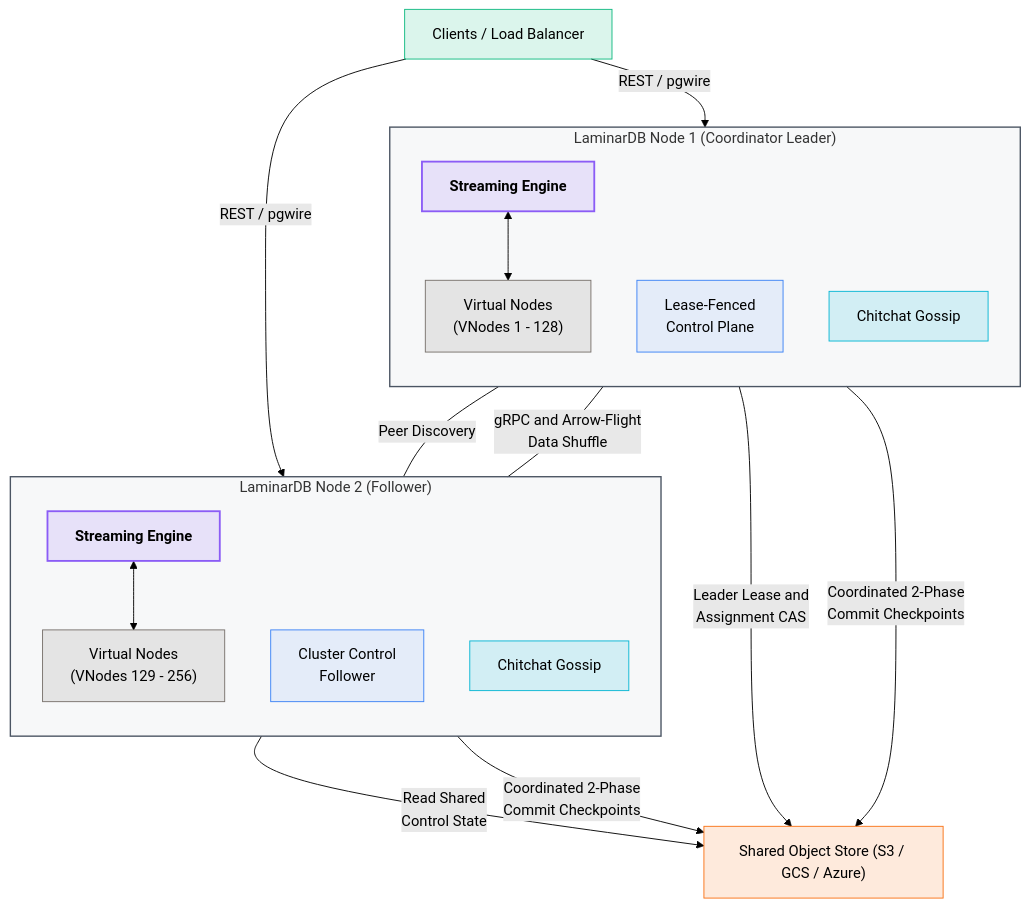
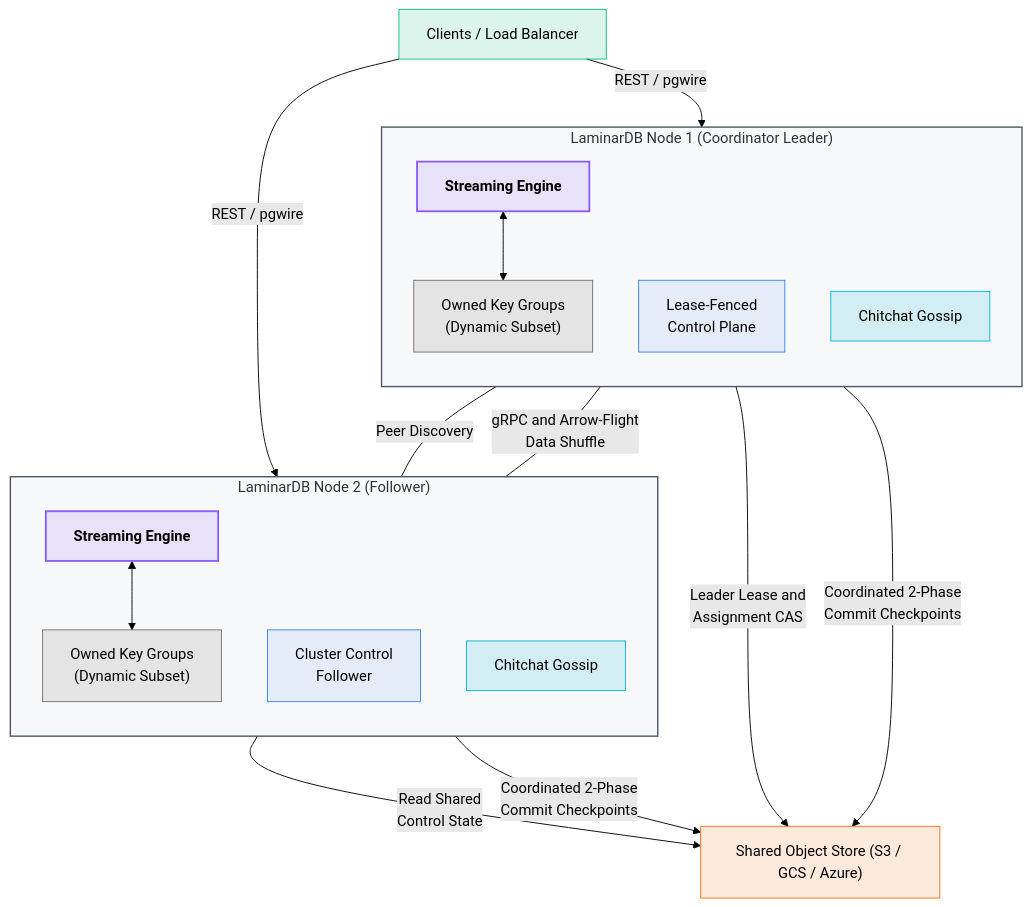
Before and after one commit to laminardb/laminardb: the fourth of 5 diagrams in README.md, drawn with Mermaid (forest theme). The commit also changed other lines of this file and 42 other files, not shown here.

````diff
--- a/README.md
+++ b/README.md
@@ -573,46 +573,46 @@
 ```mermaid
 graph TD
     classDef clientClass fill:#10b981,fill-opacity:0.15,stroke:#10b981,stroke-width:1px;
     classDef engineClass fill:#8b5cf6,fill-opacity:0.15,stroke:#8b5cf6,stroke-width:2px,font-weight:bold;
     classDef controlClass fill:#3b82f6,fill-opacity:0.1,stroke:#3b82f6,stroke-width:1px;
     classDef gossipClass fill:#06b6d4,fill-opacity:0.15,stroke:#06b6d4,stroke-width:1px;
     classDef vnodeClass fill:#78716c,fill-opacity:0.15,stroke:#78716c,stroke-width:1px;
     classDef storageClass fill:#f97316,fill-opacity:0.15,stroke:#f97316,stroke-width:1px;
 
     Client["Clients / Load Balancer"]:::clientClass
     
     subgraph Node1["LaminarDB Node 1 (Coordinator Leader)"]
         direction TB
         E1["Streaming Engine"]:::engineClass
         Control1["Lease-Fenced<br/>Control Plane"]:::controlClass
         Gossip1["Chitchat Gossip"]:::gossipClass
-        VNodes1["Virtual Nodes<br/>(VNodes 1 - 128)"]:::vnodeClass
+        VNodes1["Owned Key Groups<br/>(Dynamic Subset)"]:::vnodeClass
         E1 <--> VNodes1
     end
 
     subgraph Node2["LaminarDB Node 2 (Follower)"]
         direction TB
         E2["Streaming Engine"]:::engineClass
         Control2["Cluster Control<br/>Follower"]:::controlClass
         Gossip2["Chitchat Gossip"]:::gossipClass
-        VNodes2["Virtual Nodes<br/>(VNodes 129 - 256)"]:::vnodeClass
+        VNodes2["Owned Key Groups<br/>(Dynamic Subset)"]:::vnodeClass
         E2 <--> VNodes2
     end
 
     %% Client Operations
     Client -->|"REST / pgwire"| Node1
     Client -->|"REST / pgwire"| Node2
 
     %% Node Communication
     Gossip1 ---|"Peer Discovery"| Gossip2
     E1 ---|"gRPC and Arrow-Flight<br/>Data Shuffle"| E2
 
     %% Distributed Durability
     Control1 -->|"Leader Lease and<br/>Assignment CAS"| SharedStore["Shared Object Store (S3 / GCS / Azure)"]:::storageClass
     Control2 -->|"Read Shared<br/>Control State"| SharedStore
     Node1 -->|"Coordinated 2-Phase<br/>Commit Checkpoints"| SharedStore
     Node2 -->|"Coordinated 2-Phase<br/>Commit Checkpoints"| SharedStore:::storageClass
 
     style Node1 fill:#6b7280,fill-opacity:0.05,stroke:#4b5563,stroke-width:1.5px
     style Node2 fill:#6b7280,fill-opacity:0.05,stroke:#4b5563,stroke-width:1.5px
 ```
````
